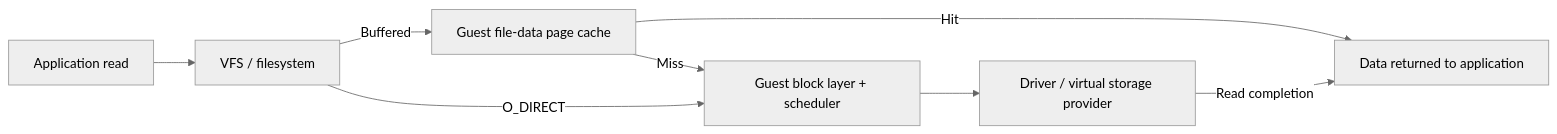
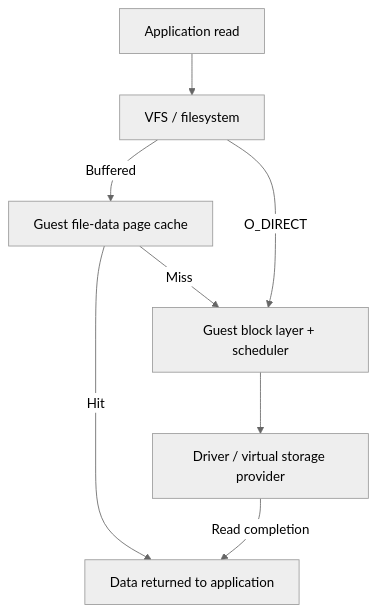
One commit to IV-cmd/storage-io-benchmark changed the second of 2 diagrams in README.md. Above: the diagram before and after it, drawn with Mermaid (neutral theme).

Commit message:
docs: keep the read-path diagram readable at README width

````diff
--- a/README.md
+++ b/README.md
@@ -39,10 +39,10 @@
 ```mermaid
-flowchart LR
+flowchart TD
     app["Application read"] --> fs["VFS / filesystem"]
     fs -->|Buffered| cache["Guest file-data page cache"]
     cache -->|Hit| done["Data returned to application"]
     cache -->|Miss| block["Guest block layer + scheduler"]
     fs -->|O_DIRECT| block
     block --> driver["Driver / virtual storage provider"]
     driver -->|Read completion| done
 ```
````
